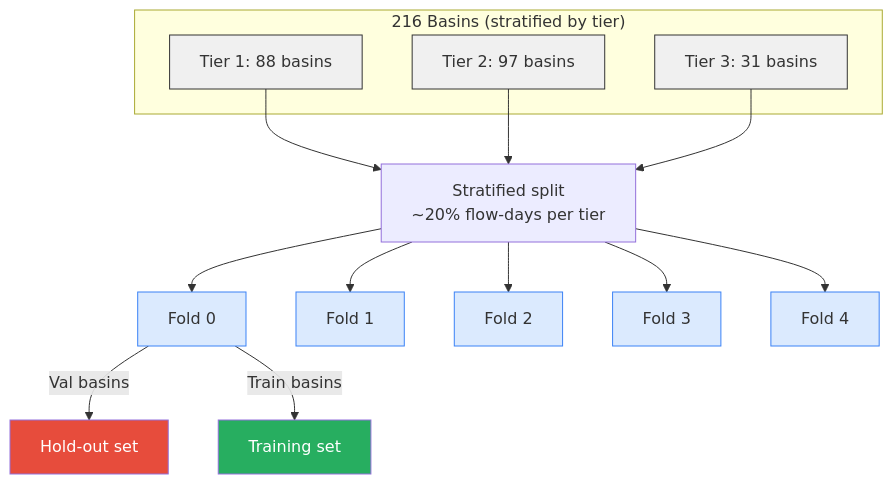
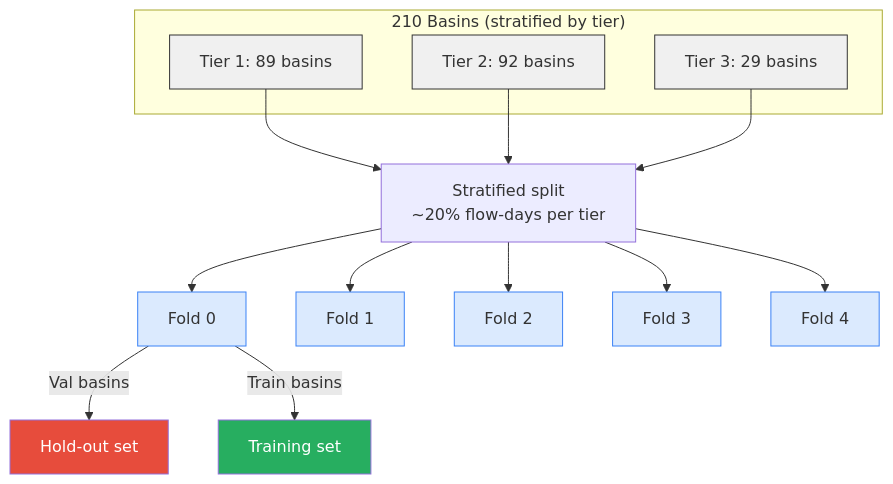
The third of 3 diagrams in README.md (wyattarnold/neuralhyd-ca), drawn with Mermaid before and after one commit. The commit also changed other lines of this file and 593 other files, not shown here.

````diff
--- a/README.md
+++ b/README.md
@@ -200,30 +276,30 @@
 ```mermaid
 graph TD
-    subgraph "216 Basins (stratified by tier)"
-        T1["Tier 1: 88 basins"]
-        T2["Tier 2: 97 basins"]
-        T3["Tier 3: 31 basins"]
+    subgraph "210 Basins (stratified by tier)"
+        T1["Tier 1: 89 basins"]
+        T2["Tier 2: 92 basins"]
+        T3["Tier 3: 29 basins"]
     end
 
     T1 & T2 & T3 --> SPLIT["Stratified split<br/>~20% flow-days per tier"]
 
     SPLIT --> F0["Fold 0"]
     SPLIT --> F1["Fold 1"]
     SPLIT --> F2["Fold 2"]
     SPLIT --> F3["Fold 3"]
     SPLIT --> F4["Fold 4"]
 
     F0 --> |"Val basins"| V0["Hold-out set"]
     F0 --> |"Train basins"| TR0["Training set"]
 
     style T1 fill:#f0f0f0,stroke:#333
     style T2 fill:#f0f0f0,stroke:#333
     style T3 fill:#f0f0f0,stroke:#333
     style V0 fill:#e74c3c,color:#fff
     style TR0 fill:#27ae60,color:#fff
     style F0 fill:#dbeafe,stroke:#3b82f6
     style F1 fill:#dbeafe,stroke:#3b82f6
     style F2 fill:#dbeafe,stroke:#3b82f6
     style F3 fill:#dbeafe,stroke:#3b82f6
     style F4 fill:#dbeafe,stroke:#3b82f6
 ```
````
